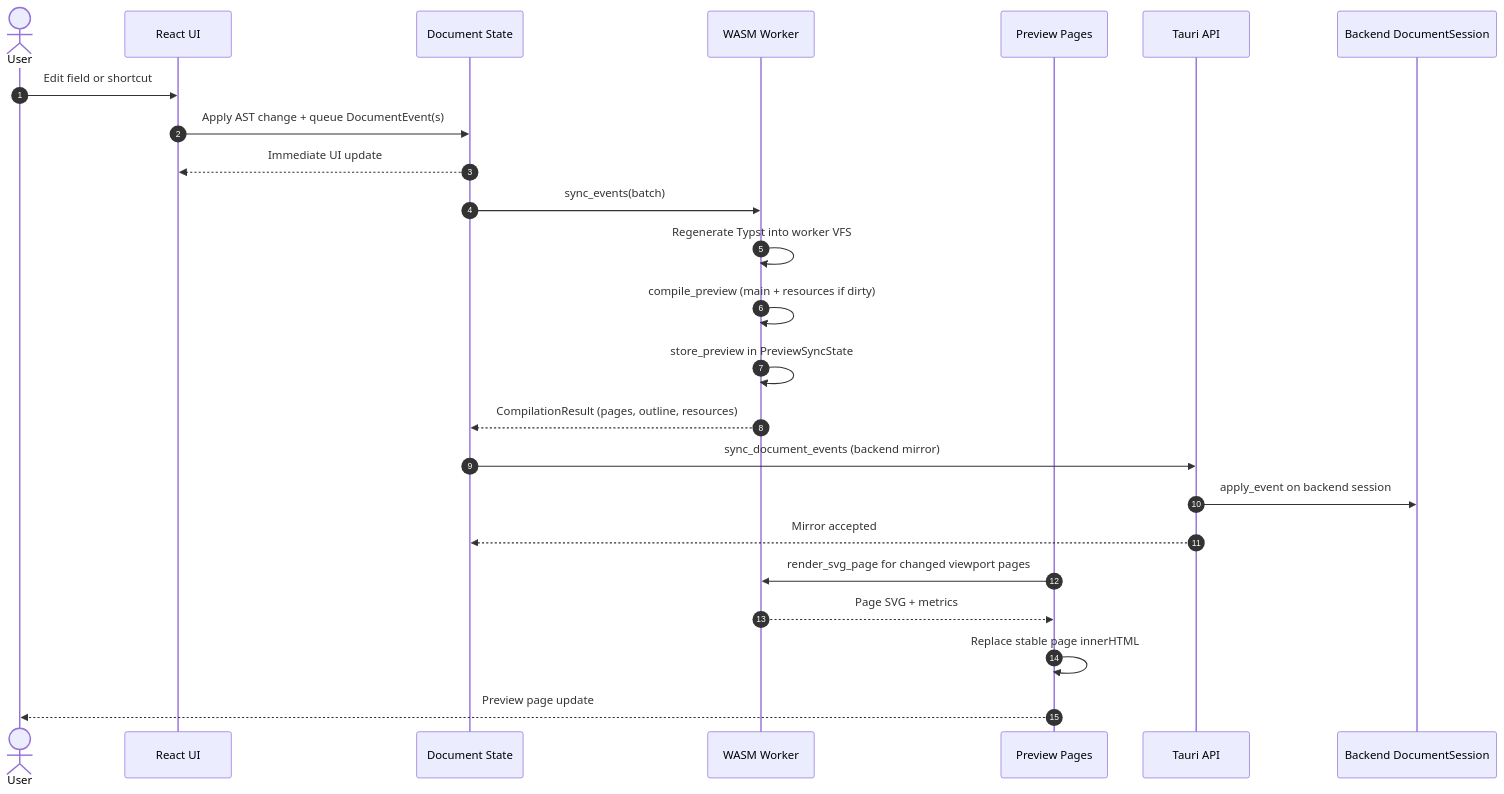
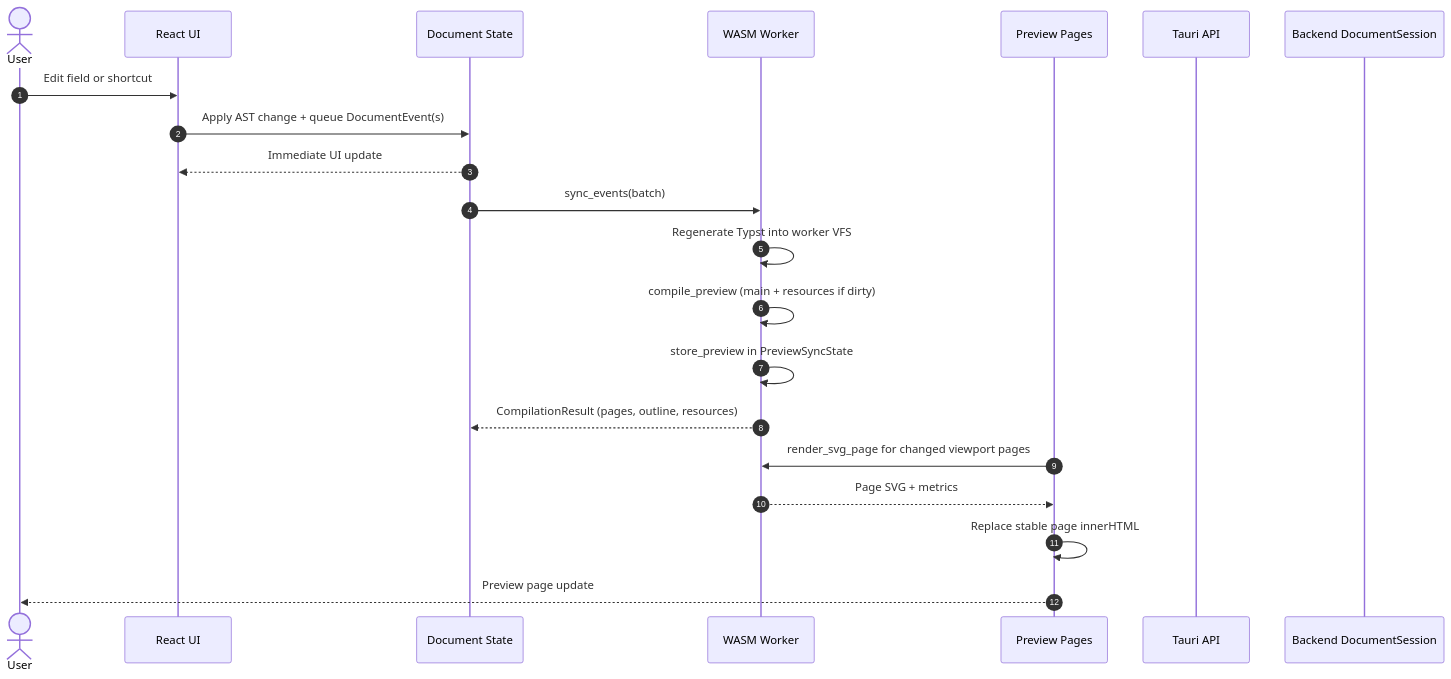
One commit to andmoreduro/ergo changed the first of 10 diagrams in context/sequence-diagrams.md. Above: the diagram before and after it, drawn with Mermaid. The commit also changed other lines of this file and 6 other files, not shown here.

First line of the commit message:
Improve preview sync performance by batching backend session updates.

````diff
--- a/context/sequence-diagrams.md
+++ b/context/sequence-diagrams.md
@@ -7,29 +7,26 @@
 ```mermaid
 sequenceDiagram
     autonumber
 
     actor User
     participant UI as React UI
     participant State as Document State
     participant Worker as WASM Worker
     participant Preview as Preview Pages
     participant API as Tauri API
     participant Session as Backend DocumentSession
 
     User->>UI: Edit field or shortcut
     UI->>State: Apply AST change + queue DocumentEvent(s)
     State-->>UI: Immediate UI update
 
     State->>Worker: sync_events(batch)
     Worker->>Worker: Regenerate Typst into worker VFS
     Worker->>Worker: compile_preview (main + resources if dirty)
     Worker->>Worker: store_preview in PreviewSyncState
     Worker-->>State: CompilationResult (pages, outline, resources)
-    State->>API: sync_document_events (backend mirror)
-    API->>Session: apply_event on backend session
-    API-->>State: Mirror accepted
     Preview->>Worker: render_svg_page for changed viewport pages
     Worker-->>Preview: Page SVG + metrics
     Preview->>Preview: Replace stable page innerHTML
     Preview-->>User: Preview page update
 ```
````
